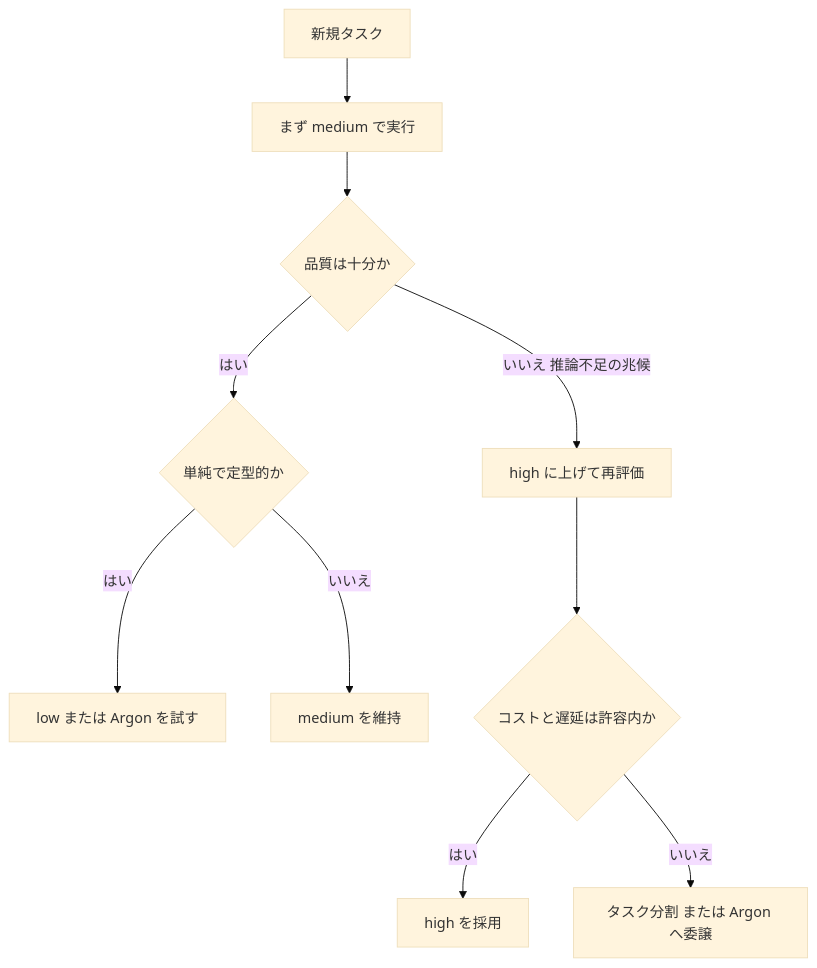
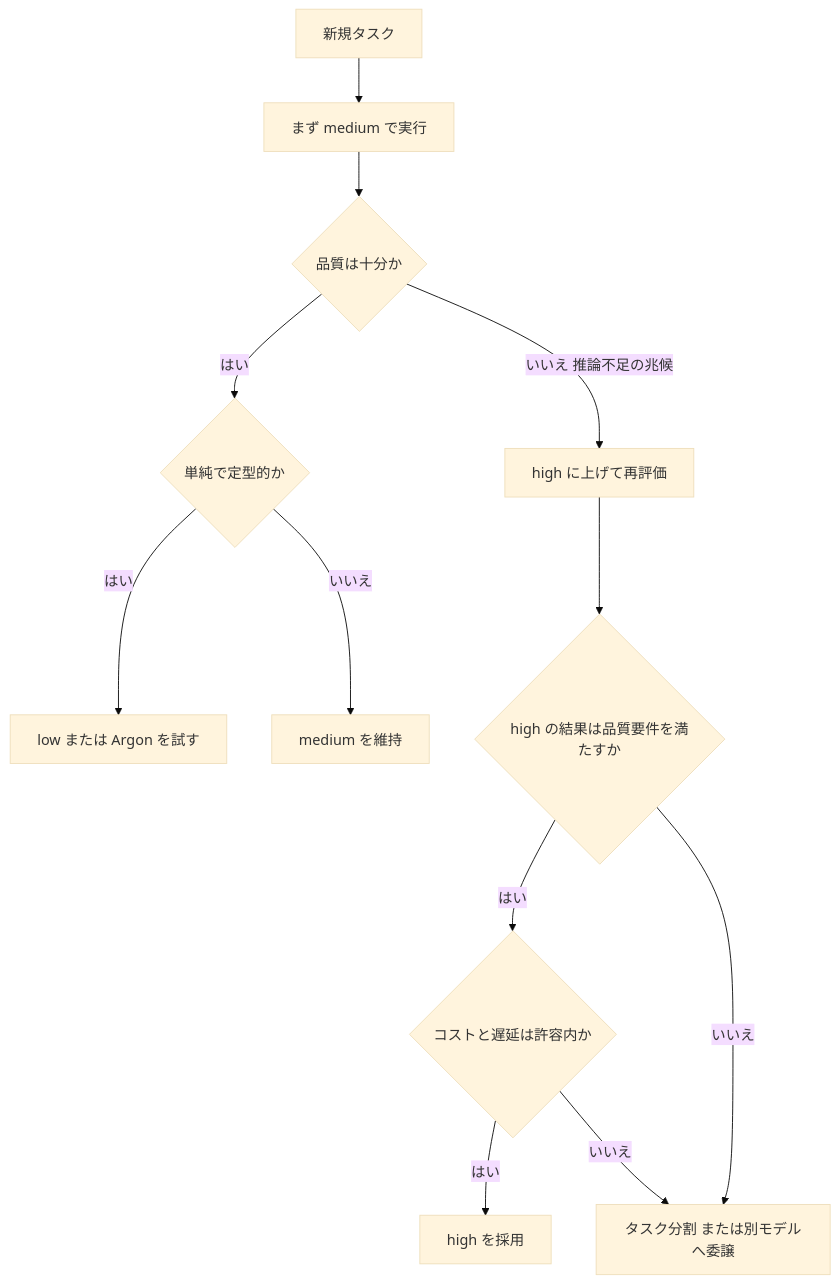
The fourth of 9 diagrams in Gemini-4-carbon-guide.md (myoshi2891/Comparison-of-LLMs), drawn with Mermaid (base theme) before and after one commit.

Commit message:
docs(google): add quality evaluation gate before high reasoning adoption in Carbon guide

````diff
--- a/Gemini-4-carbon-guide.md
+++ b/Gemini-4-carbon-guide.md
@@ -291,12 +291,14 @@
 ```mermaid
 flowchart TD
     S["新規タスク"] --> M["まず medium で実行"]
     M --> R{"品質は十分か"}
     R -- "はい" --> L{"単純で定型的か"}
     L -- "はい" --> LO["low または Argon を試す"]
     L -- "いいえ" --> K["medium を維持"]
     R -- "いいえ 推論不足の兆候" --> Hh["high に上げて再評価"]
-    Hh --> R2{"コストと遅延は許容内か"}
+    Hh --> HQ{"high の結果は品質要件を満たすか"}
+    HQ -- "はい" --> R2{"コストと遅延は許容内か"}
+    HQ -- "いいえ" --> D["タスク分割 または別モデルへ委譲"]
     R2 -- "はい" --> K2["high を採用"]
-    R2 -- "いいえ" --> D["タスク分割 または Argon へ委譲"]
+    R2 -- "いいえ" --> D
 ```
````
